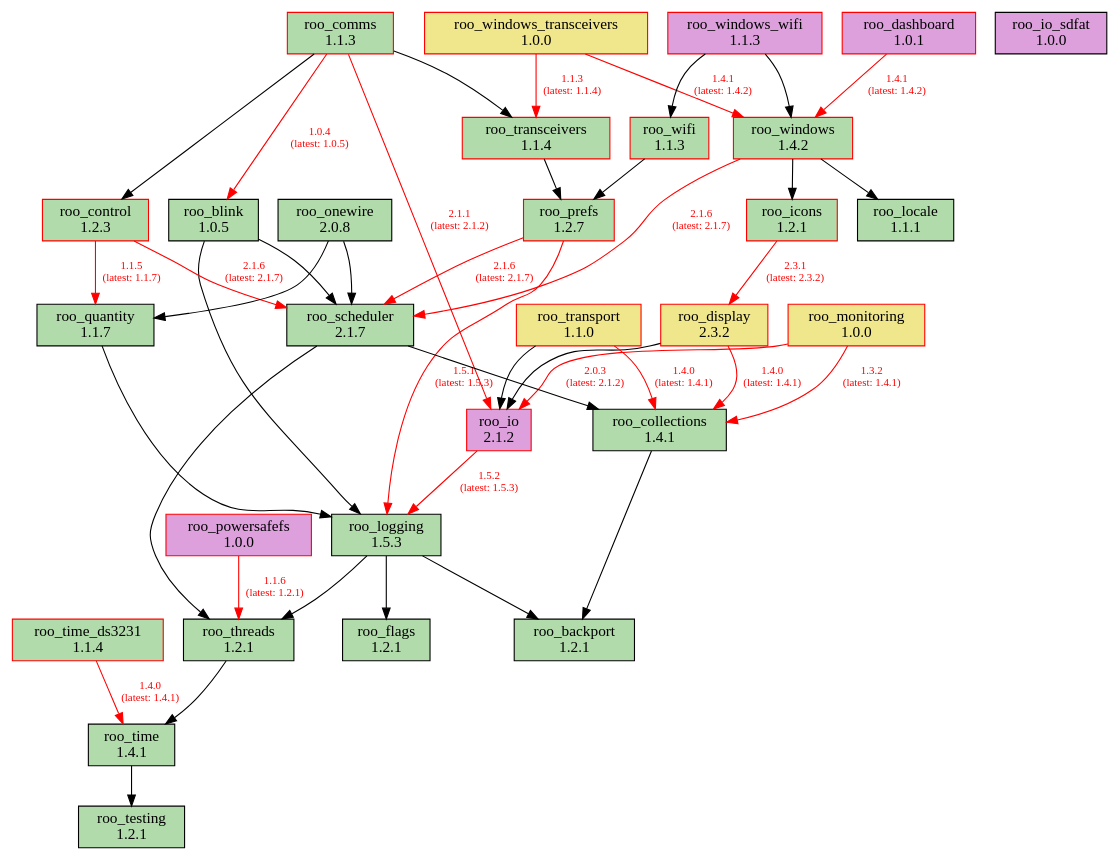
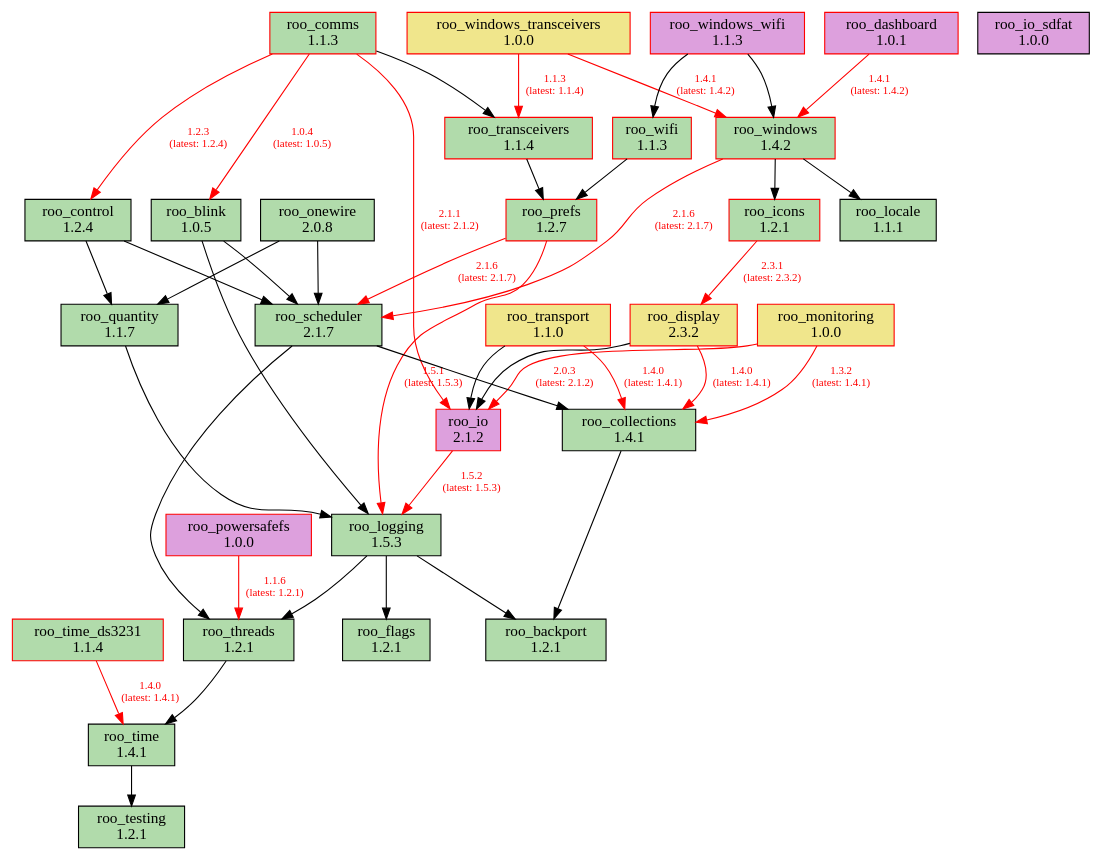
Before and after one commit to dejwk/roo-registry: the diagram in doc/dependencies.dot, drawn with Graphviz. The commit also changed 3 other files, not shown here.

Commit message:
Added roo_control 1.2.4 to the registry.

```diff
--- a/doc/dependencies.dot
+++ b/doc/dependencies.dot
@@ -1,79 +1,79 @@
 digraph dependencies {
     rankdir=TB;
     node [shape=box, style=filled];
     edge [fontsize=10];
 
     // Modules
     "roo_backport" [label="roo_backport\n1.2.1", fillcolor="#b1dbab", color="black"];
     "roo_blink" [label="roo_blink\n1.0.5", fillcolor="#b1dbab", color="black"];
     "roo_collections" [label="roo_collections\n1.4.1", fillcolor="#b1dbab", color="black"];
     "roo_comms" [label="roo_comms\n1.1.3", fillcolor="#b1dbab", color="red"];
-    "roo_control" [label="roo_control\n1.2.3", fillcolor="#b1dbab", color="red"];
+    "roo_control" [label="roo_control\n1.2.4", fillcolor="#b1dbab", color="black"];
     "roo_dashboard" [label="roo_dashboard\n1.0.1", fillcolor="plum", color="red"];
     "roo_display" [label="roo_display\n2.3.2", fillcolor="khaki", color="red"];
     "roo_flags" [label="roo_flags\n1.2.1", fillcolor="#b1dbab", color="black"];
     "roo_icons" [label="roo_icons\n1.2.1", fillcolor="#b1dbab", color="red"];
     "roo_io" [label="roo_io\n2.1.2", fillcolor="plum", color="red"];
     "roo_io_sdfat" [label="roo_io_sdfat\n1.0.0", fillcolor="plum", color="black"];
     "roo_locale" [label="roo_locale\n1.1.1", fillcolor="#b1dbab", color="black"];
     "roo_logging" [label="roo_logging\n1.5.3", fillcolor="#b1dbab", color="black"];
     "roo_monitoring" [label="roo_monitoring\n1.0.0", fillcolor="khaki", color="red"];
     "roo_onewire" [label="roo_onewire\n2.0.8", fillcolor="#b1dbab", color="black"];
     "roo_powersafefs" [label="roo_powersafefs\n1.0.0", fillcolor="plum", color="red"];
     "roo_prefs" [label="roo_prefs\n1.2.7", fillcolor="#b1dbab", color="red"];
     "roo_quantity" [label="roo_quantity\n1.1.7", fillcolor="#b1dbab", color="black"];
     "roo_scheduler" [label="roo_scheduler\n2.1.7", fillcolor="#b1dbab", color="black"];
     "roo_testing" [label="roo_testing\n1.2.1", fillcolor="#b1dbab", color="black"];
     "roo_threads" [label="roo_threads\n1.2.1", fillcolor="#b1dbab", color="black"];
     "roo_time" [label="roo_time\n1.4.1", fillcolor="#b1dbab", color="black"];
     "roo_time_ds3231" [label="roo_time_ds3231\n1.1.4", fillcolor="#b1dbab", color="red"];
     "roo_transceivers" [label="roo_transceivers\n1.1.4", fillcolor="#b1dbab", color="red"];
     "roo_transport" [label="roo_transport\n1.1.0", fillcolor="khaki", color="red"];
     "roo_wifi" [label="roo_wifi\n1.1.3", fillcolor="#b1dbab", color="red"];
     "roo_windows" [label="roo_windows\n1.4.2", fillcolor="#b1dbab", color="red"];
     "roo_windows_transceivers" [label="roo_windows_transceivers\n1.0.0", fillcolor="khaki", color="red"];
     "roo_windows_wifi" [label="roo_windows_wifi\n1.1.3", fillcolor="plum", color="red"];
 
     // Dependencies
     "roo_blink" -> "roo_logging";
     "roo_blink" -> "roo_scheduler";
     "roo_collections" -> "roo_backport";
     "roo_comms" -> "roo_blink" [color=red, fontcolor=red, label="1.0.4\n(latest: 1.0.5)"];
-    "roo_comms" -> "roo_control";
+    "roo_comms" -> "roo_control" [color=red, fontcolor=red, label="1.2.3\n(latest: 1.2.4)"];
     "roo_comms" -> "roo_io" [color=red, fontcolor=red, label="2.1.1\n(latest: 2.1.2)"];
     "roo_comms" -> "roo_transceivers";
-    "roo_control" -> "roo_quantity" [color=red, fontcolor=red, label="1.1.5\n(latest: 1.1.7)"];
-    "roo_control" -> "roo_scheduler" [color=red, fontcolor=red, label="2.1.6\n(latest: 2.1.7)"];
+    "roo_control" -> "roo_quantity";
+    "roo_control" -> "roo_scheduler";
     "roo_dashboard" -> "roo_windows" [color=red, fontcolor=red, label="1.4.1\n(latest: 1.4.2)"];
     "roo_display" -> "roo_collections" [color=red, fontcolor=red, label="1.4.0\n(latest: 1.4.1)"];
     "roo_display" -> "roo_io";
     "roo_icons" -> "roo_display" [color=red, fontcolor=red, label="2.3.1\n(latest: 2.3.2)"];
     "roo_io" -> "roo_logging" [color=red, fontcolor=red, label="1.5.2\n(latest: 1.5.3)"];
     "roo_logging" -> "roo_backport";
     "roo_logging" -> "roo_flags";
     "roo_logging" -> "roo_threads";
     "roo_monitoring" -> "roo_collections" [color=red, fontcolor=red, label="1.3.2\n(latest: 1.4.1)"];
     "roo_monitoring" -> "roo_io" [color=red, fontcolor=red, label="2.0.3\n(latest: 2.1.2)"];
     "roo_onewire" -> "roo_scheduler";
     "roo_onewire" -> "roo_quantity";
     "roo_powersafefs" -> "roo_threads" [color=red, fontcolor=red, label="1.1.6\n(latest: 1.2.1)"];
     "roo_prefs" -> "roo_logging" [color=red, fontcolor=red, label="1.5.1\n(latest: 1.5.3)"];
     "roo_prefs" -> "roo_scheduler" [color=red, fontcolor=red, label="2.1.6\n(latest: 2.1.7)"];
     "roo_quantity" -> "roo_logging";
     "roo_scheduler" -> "roo_collections";
     "roo_scheduler" -> "roo_threads";
     "roo_threads" -> "roo_time";
     "roo_time" -> "roo_testing";
     "roo_time_ds3231" -> "roo_time" [color=red, fontcolor=red, label="1.4.0\n(latest: 1.4.1)"];
     "roo_transceivers" -> "roo_prefs";
     "roo_transport" -> "roo_collections" [color=red, fontcolor=red, label="1.4.0\n(latest: 1.4.1)"];
     "roo_transport" -> "roo_io";
     "roo_wifi" -> "roo_prefs";
     "roo_windows" -> "roo_locale";
     "roo_windows" -> "roo_icons";
     "roo_windows" -> "roo_scheduler" [color=red, fontcolor=red, label="2.1.6\n(latest: 2.1.7)"];
     "roo_windows_transceivers" -> "roo_transceivers" [color=red, fontcolor=red, label="1.1.3\n(latest: 1.1.4)"];
     "roo_windows_transceivers" -> "roo_windows" [color=red, fontcolor=red, label="1.4.1\n(latest: 1.4.2)"];
     "roo_windows_wifi" -> "roo_wifi";
     "roo_windows_wifi" -> "roo_windows";
 }
```
